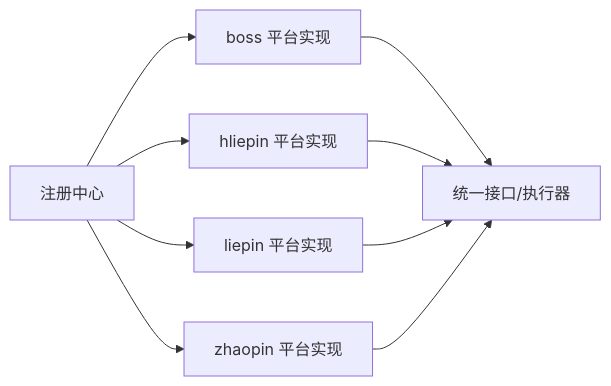
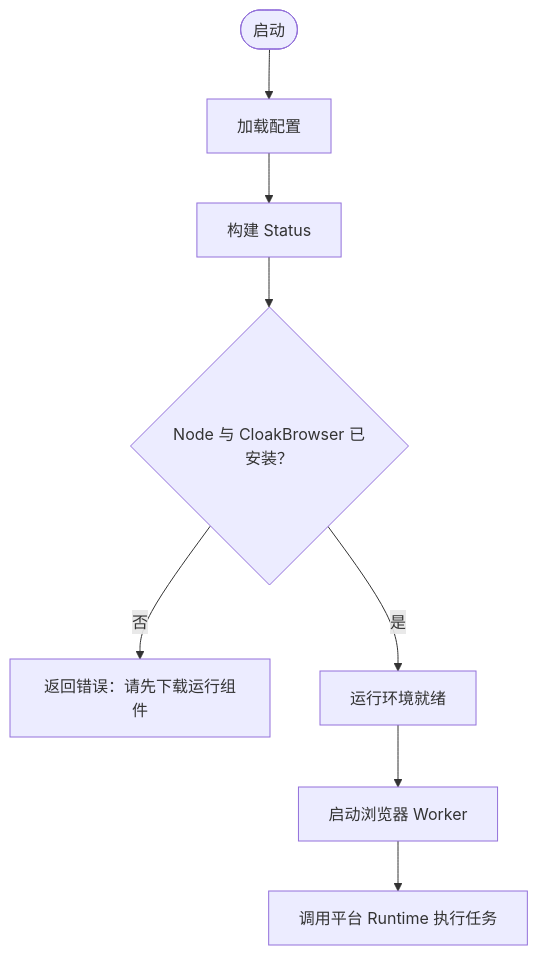
Before and after one commit to alvinwangzi/goodhr: the sixth of 7 diagrams in .qoder/repowiki/zh/content/系统架构/本地Agent架构/平台适配器系统/平台注册中心.md, drawn with Mermaid. The commit also changed other lines of this file and 149 other files, not shown here.

````diff
--- a/.qoder/repowiki/zh/content/系统架构/本地Agent架构/平台适配器系统/平台注册中心.md
+++ b/.qoder/repowiki/zh/content/系统架构/本地Agent架构/平台适配器系统/平台注册中心.md
@@ -281,11 +267,10 @@
 ```mermaid
-graph LR
-REG["注册中心"] --> BOSS["boss 平台实现"]
-REG --> HLP["hliepin 平台实现"]
-REG --> LEP["liepin 平台实现"]
-REG --> ZQP["zhaopin 平台实现"]
-BOSS --> CORE["统一接口/执行器"]
-HLP --> CORE
-LEP --> CORE
-ZQP --> CORE
+flowchart TD
+S(["启动"]) --> LoadCfg["加载配置"]
+LoadCfg --> BuildStatus["构建 Status"]
+BuildStatus --> EnsureCheck{"Node 与 CloakBrowser 已安装？"}
+EnsureCheck --> |否| Err["返回错误：请先下载运行组件"]
+EnsureCheck --> |是| Ready["运行环境就绪"]
+Ready --> Launch["启动浏览器 Worker"]
+Launch --> RunPlatform["调用平台 Runtime 执行任务"]
 ```
````
